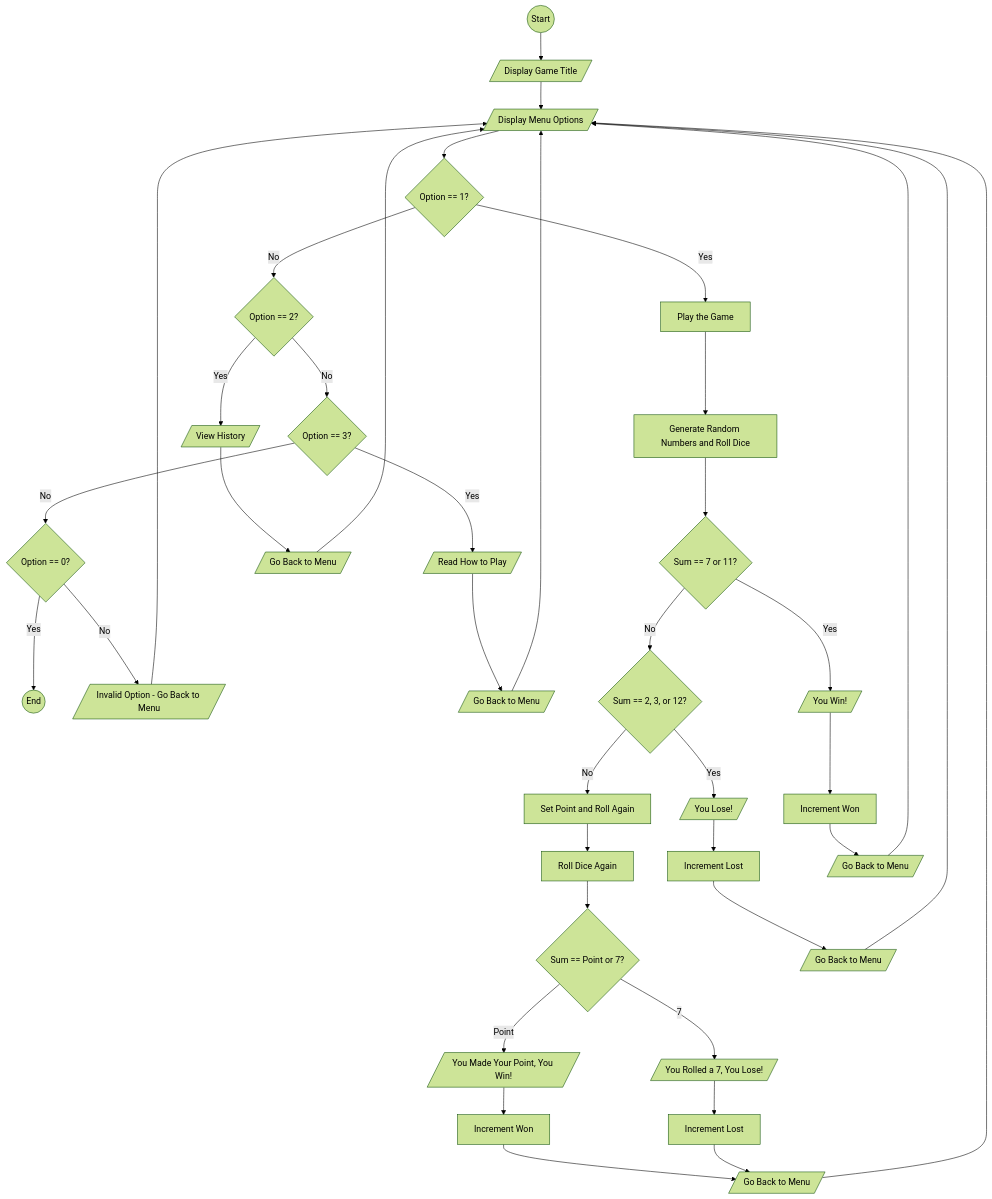
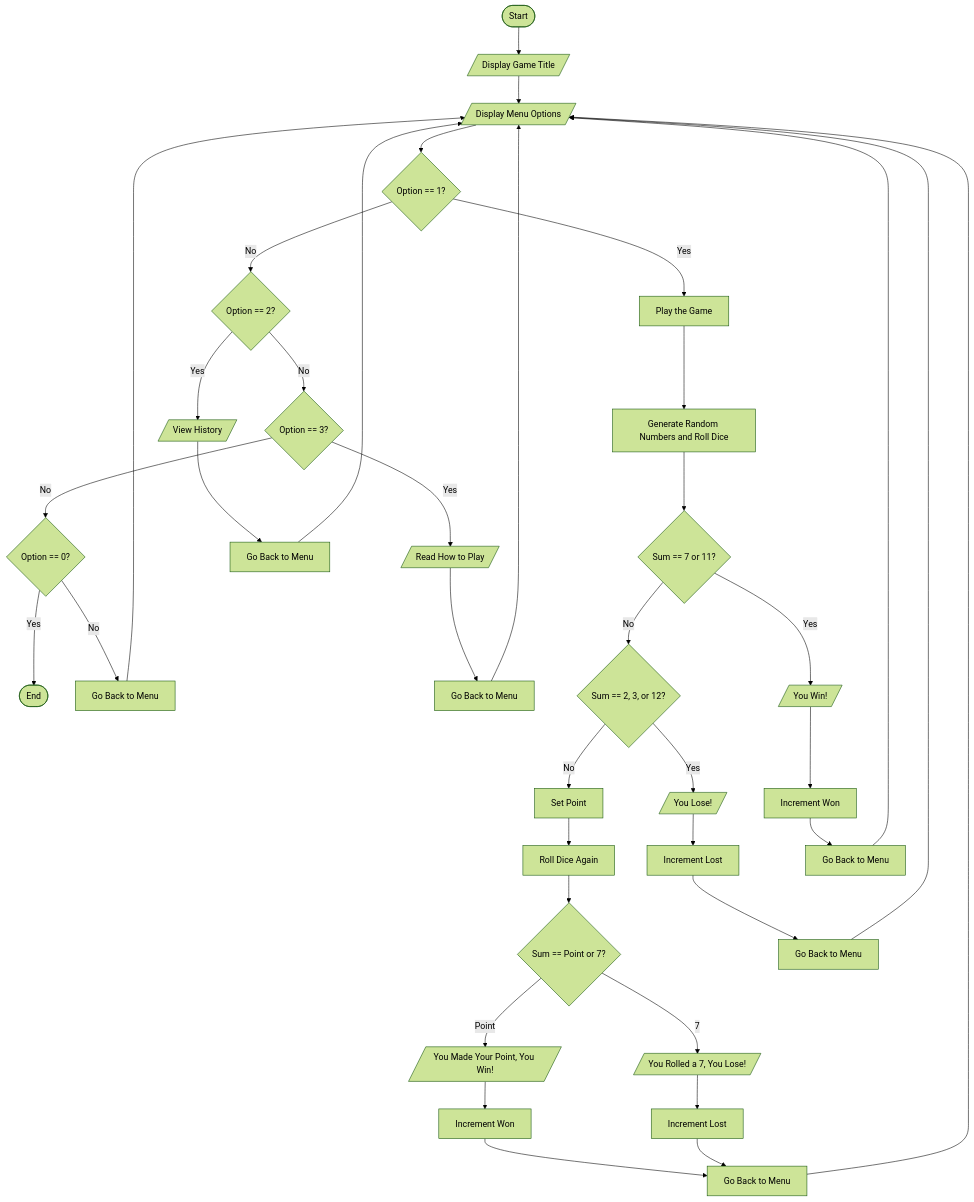
Before and after one commit to SWEG-2016EC-Batch/The-5-Bits: the diagram in Craps_Dice_Game/Craps_Dice_Game_Flowchart.md, drawn with Mermaid (forest theme).

````diff
--- a/Craps_Dice_Game/Craps_Dice_Game_Flowchart.md
+++ b/Craps_Dice_Game/Craps_Dice_Game_Flowchart.md
@@ -1,48 +1,48 @@
 ```mermaid
 flowchart TD
-    start((Start)) --> title[/Display Game Title/]
+    start([Start]) --> title[/Display Game Title/]
     title --> menuOptions[/Display Menu Options/]
     
     menuOptions --> checkOption1{Option == 1?}
     checkOption1 -->|Yes| playGame[Play the Game]
     checkOption1 -->|No| checkOption2{Option == 2?}
     
     checkOption2 -->|Yes| viewHistory[/View History/]
     checkOption2 -->|No| checkOption3{Option == 3?}
     
     checkOption3 -->|Yes| howToPlay[/Read How to Play/]
     checkOption3 -->|No| checkOption4{Option == 0?}
     
-    checkOption4 -->|Yes| finish((End))
-    checkOption4 -->|No| invalidOption[/Invalid Option - Go Back to Menu/]
+    checkOption4 -->|Yes| finish([End])
+    checkOption4 -->|No| invalidOption[Go Back to Menu]
     
-    howToPlay --> backToMenu1[/Go Back to Menu/]
+    howToPlay --> backToMenu1[Go Back to Menu]
     backToMenu1 --> menuOptions
     
-    viewHistory --> backToMenu2[/Go Back to Menu/]
+    viewHistory --> backToMenu2[Go Back to Menu]
     backToMenu2 --> menuOptions
     
     playGame --> rollDice[Generate Random Numbers and Roll Dice]
     rollDice --> checkSum1{Sum == 7 or 11?}
     checkSum1 -->|Yes| win1[/You Win!/] --> incrementWon[Increment Won]
     checkSum1 -->|No| checkSum2{Sum == 2, 3, or 12?}
     
     checkSum2 -->|Yes| lose1[/You Lose!/] --> incrementLost[Increment Lost]
-    checkSum2 -->|No| setPoint[Set Point and Roll Again]
+    checkSum2 -->|No| setPoint[Set Point]
     
     setPoint --> rollAgain[Roll Dice Again]
     rollAgain --> checkPoint{Sum == Point or 7?}
     
     checkPoint -->|Point| win2[/You Made Your Point, You Win!/] --> incrementWon2[Increment Won]
     checkPoint -->|7| lose2[/You Rolled a 7, You Lose!/] --> incrementLost2[Increment Lost]
     
-    incrementWon --> backToMenu3[/Go Back to Menu/]
-    incrementLost --> backToMenu4[/Go Back to Menu/]
-    incrementWon2 --> backToMenu5[/Go Back to Menu/]
+    incrementWon --> backToMenu3[Go Back to Menu]
+    incrementLost --> backToMenu4[Go Back to Menu]
+    incrementWon2 --> backToMenu5[Go Back to Menu]
     incrementLost2 --> backToMenu5
     backToMenu3 --> menuOptions
     backToMenu4 --> menuOptions
     backToMenu5 --> menuOptions
     
     invalidOption --> menuOptions
 ```
````
